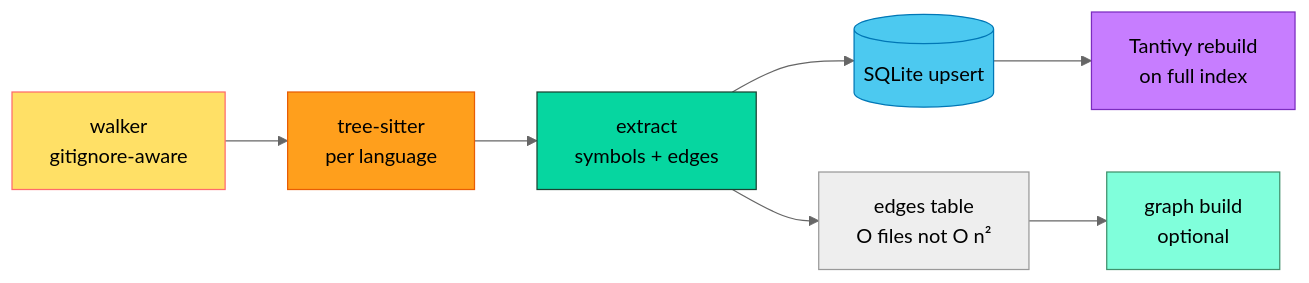
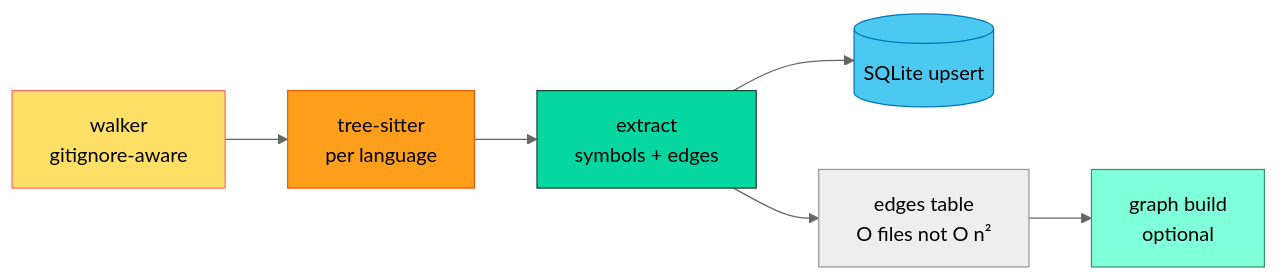
One commit to crabcc-labs/crabcc changed the fourth of 12 diagrams in docs/OVERVIEW.md. Above: the diagram before and after it, drawn with Mermaid. The commit also changed other lines of this file and 20 other files, not shown here.

````diff
--- a/docs/OVERVIEW.md
+++ b/docs/OVERVIEW.md
@@ -170,17 +168,15 @@
 ```mermaid
 %%{init: {'theme': 'neutral'}}%%
 flowchart LR
   W[walker<br/>gitignore-aware] --> P[tree-sitter<br/>per language]
   P --> E[extract<br/>symbols + edges]
   E --> S[(SQLite upsert)]
   E --> ED[edges table<br/>O files not O n²]
-  S --> FTS[Tantivy rebuild<br/>on full index]
   ED --> GB[graph build<br/>optional]
 
   style W fill:#ffe066,stroke:#ff6b6b
   style P fill:#ff9f1c,stroke:#e85d04
   style E fill:#06d6a0,stroke:#1b4332
   style S fill:#4cc9f0,stroke:#0077b6
-  style FTS fill:#c77dff,stroke:#7b2cbf
   style GB fill:#80ffdb,stroke:#40916c
 ```
````
